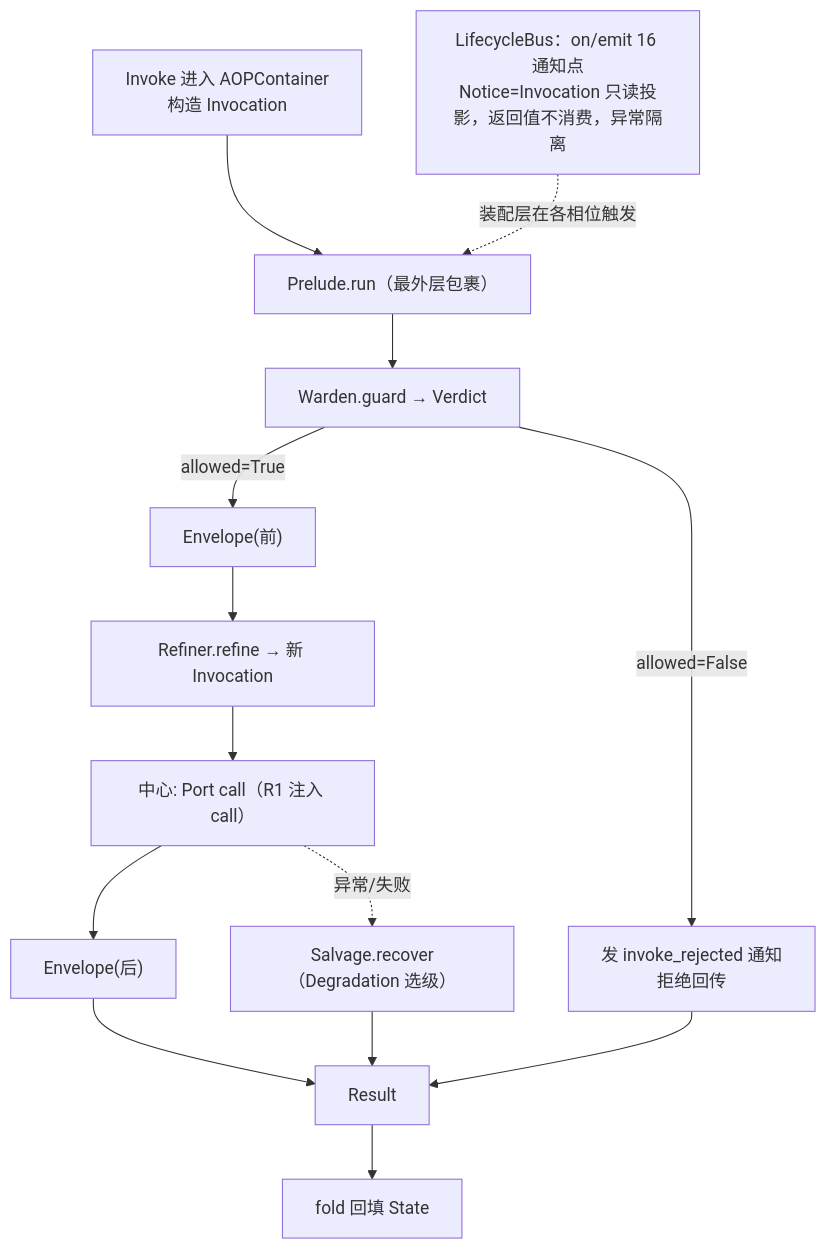
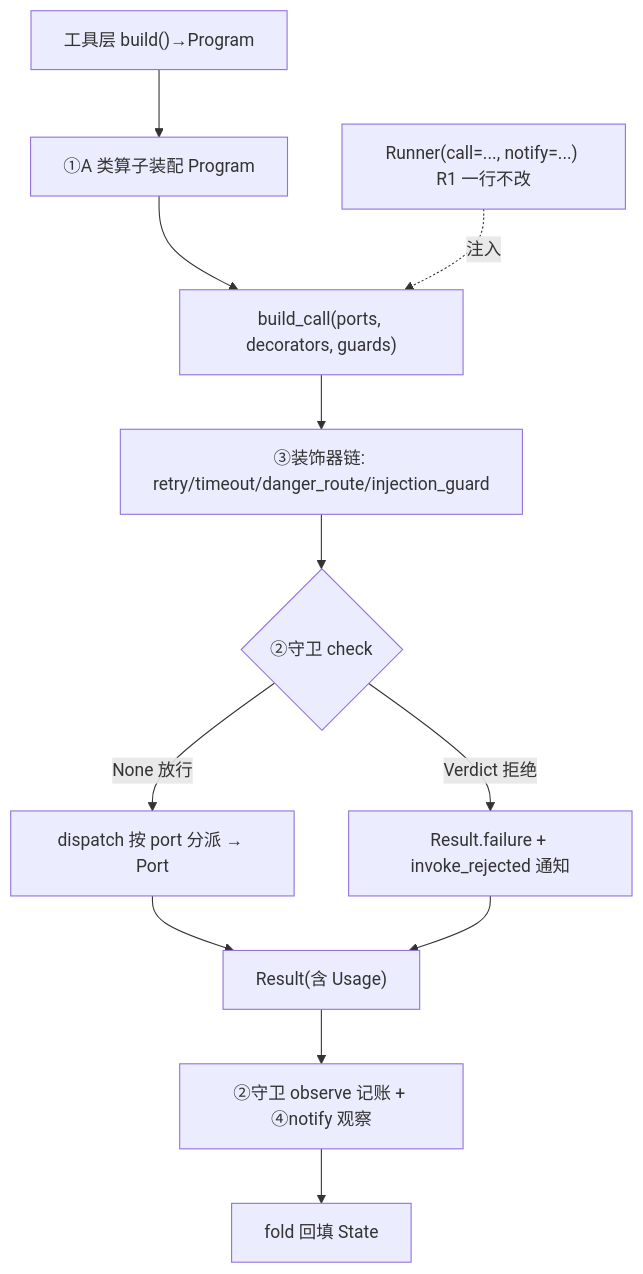
One commit to sao-lang/lll changed the fourth of 13 diagrams in docs/01-总览与设计/AGENT-总设计.md. Above: the diagram before and after it, drawn with Mermaid. The commit also changed other lines of this file and 159 other files, not shown here.

````diff
--- a/docs/01-总览与设计/AGENT-总设计.md
+++ b/docs/01-总览与设计/AGENT-总设计.md
@@ -560,16 +595,14 @@
 ```mermaid
 flowchart TD
-    E["Invoke 进入 AOPContainer<br/>构造 Invocation"] --> PRE["Prelude.run（最外层包裹）"]
-    PRE --> WA["Warden.guard → Verdict"]
-    WA -->|allowed=False| RJ["发 invoke_rejected 通知<br/>拒绝回传"]
-    WA -->|allowed=True| EN["Envelope(前)"]
-    EN --> RF["Refiner.refine → 新 Invocation"]
-    RF --> CORE["中心: Port call（R1 注入 call）"]
-    CORE --> ENB["Envelope(后)"]
-    CORE -.异常/失败.-> SV["Salvage.recover（Degradation 选级）"]
-    ENB --> RES["Result"]
-    SV --> RES
+    P["工具层 build()→Program"] --> OPS["①A 类算子装配 Program"]
+    OPS --> BC["build_call(ports, decorators, guards)"]
+    BC --> DEC["③装饰器链: retry/timeout/danger_route/injection_guard"]
+    DEC --> GD{"②守卫 check"}
+    GD -->|None 放行| DSP["dispatch 按 port 分派 → Port"]
+    GD -->|Verdict 拒绝| RJ["Result.failure + invoke_rejected 通知"]
+    DSP --> RES["Result(含 Usage)"]
     RJ --> RES
-    RES --> FL["fold 回填 State"]
-    LC["LifecycleBus：on/emit 16 通知点<br/>Notice=Invocation 只读投影，返回值不消费，异常隔离"] -.装配层在各相位触发.-> PRE
+    RES --> OBS["②守卫 observe 记账 + ④notify 观察"]
+    OBS --> FL["fold 回填 State"]
+    INJ["Runner(call=..., notify=...) R1 一行不改"] -.注入.-> BC
 ```
````
